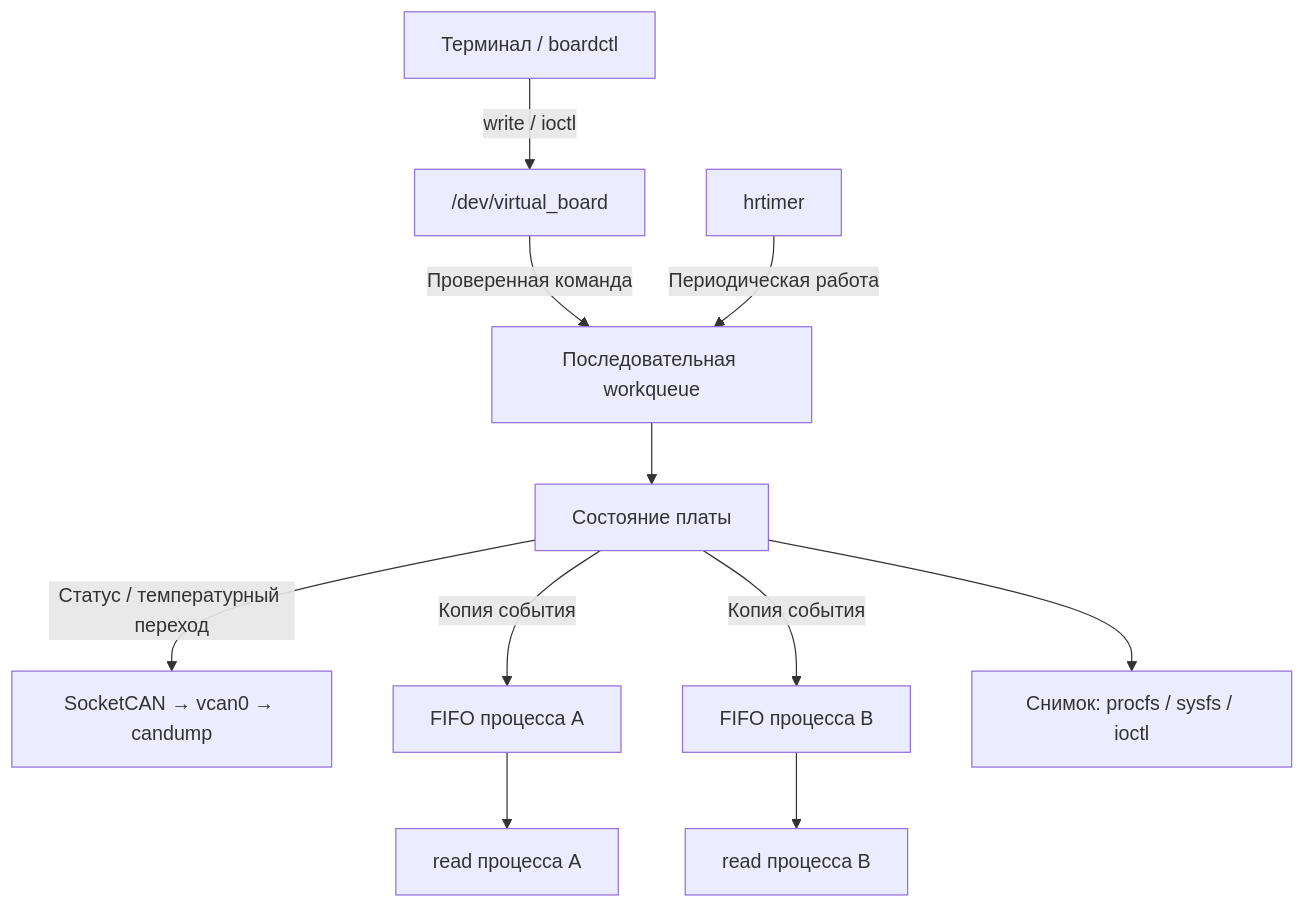
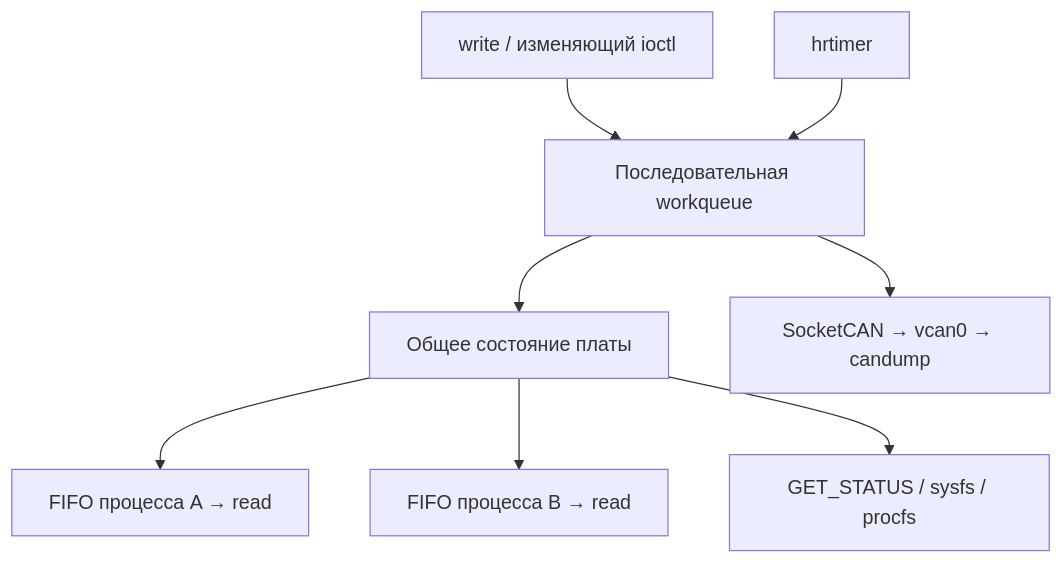
One commit to andrey-yunin/virtual-board changed the diagram in README.md. Above: the diagram before and after it, drawn with Mermaid. The commit also changed other lines of this file and 16 other files, not shown here.

````diff
--- a/README.md
+++ b/README.md
@@ -54,13 +13,10 @@
 ```mermaid
 flowchart TD
-    USER["Терминал / boardctl"] -->|"write / ioctl"| DEV["/dev/virtual_board"]
-    DEV -->|"Проверенная команда"| WQ["Последовательная workqueue"]
-    TIMER["hrtimer"] -->|"Периодическая работа"| WQ
-    WQ --> BOARD["Состояние платы"]
-    BOARD -->|"Статус / температурный переход"| CAN["SocketCAN → vcan0 → candump"]
-    BOARD -->|"Копия события"| A["FIFO процесса A"]
-    BOARD -->|"Копия события"| B["FIFO процесса B"]
-    A --> RA["read процесса A"]
-    B --> RB["read процесса B"]
-    BOARD --> OBS["Снимок: procfs / sysfs / ioctl"]
+    CMD["write / изменяющий ioctl"] --> WQ["Последовательная workqueue"]
+    WQ --> STATE["Общее состояние платы"]
+    TIMER["hrtimer"] --> WQ
+    WQ --> CAN["SocketCAN → vcan0 → candump"]
+    STATE --> FA["FIFO процесса A → read"]
+    STATE --> FB["FIFO процесса B → read"]
+    STATE --> OBS["GET_STATUS / sysfs / procfs"]
 ```
````
